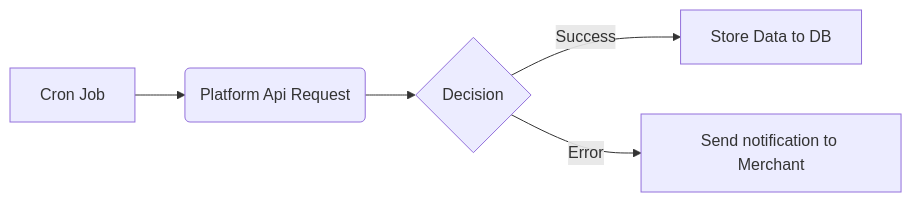
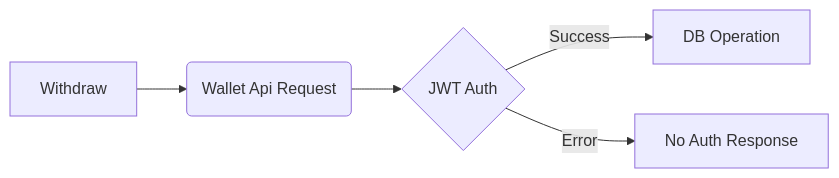
Before and after one commit to bartukocakara/go-echo-wallet-app: the second of 2 diagrams in Technical.md, drawn with Mermaid. The commit also changed other lines of this file, not shown here.

Commit message:
Excel module Single resp. : ok

````diff
--- a/Technical.md
+++ b/Technical.md
@@ -17,8 +17,8 @@
 ```mermaid
 flowchart LR
 
-A[Cron Job] --> B(Platform Api Request)
-B --> C{Decision}
-C -->|Success| D[Store Data to DB]
-C -->|Error| E[Send notification to Merchant]
+A[Withdraw] --> B(Wallet Api Request)
+B --> C{JWT Auth}
+C -->|Success| D[DB Operation]
+C -->|Error| E[No Auth Response]
 ```
````
